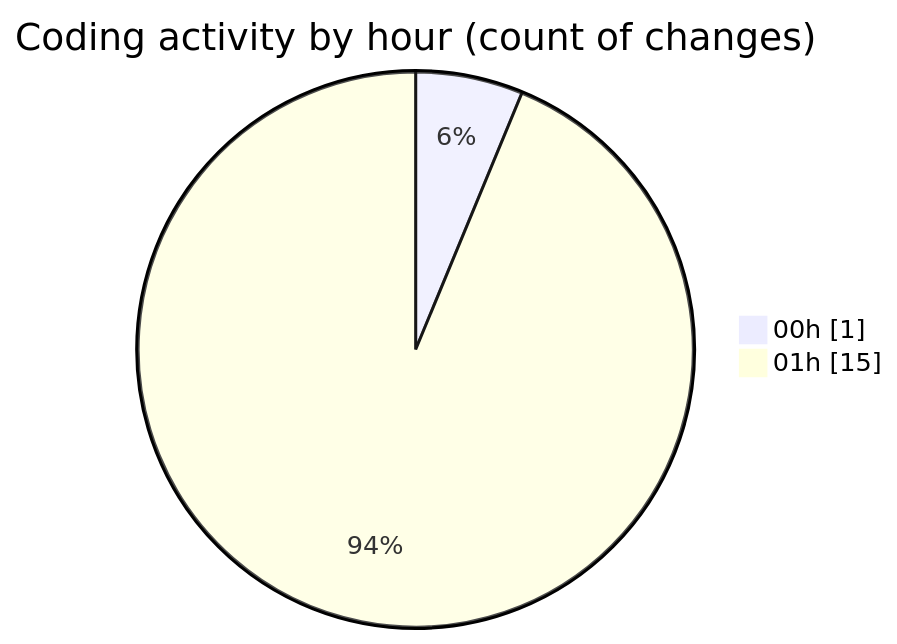
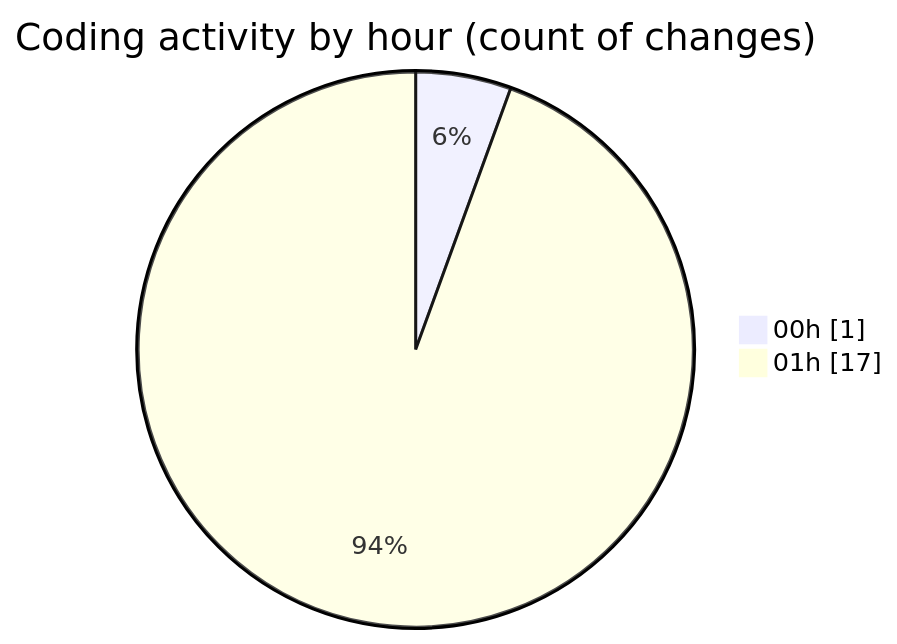
The second of 2 diagrams in 2025-11-01/cdp_aleoudev_fr__workspace_/README.md (julien-gomy/code-tracking), drawn with Mermaid before and after one commit. The commit also changed other lines of this file and 1 other file, not shown here.

````diff
--- a/2025-11-01/cdp_aleoudev_fr__workspace_/README.md
+++ b/2025-11-01/cdp_aleoudev_fr__workspace_/README.md
@@ -32,6 +32,6 @@
 ```mermaid
 pie showData
 title Coding activity by hour (count of changes)
 "00h" : 1
-"01h" : 15
+"01h" : 17
 ```
````
